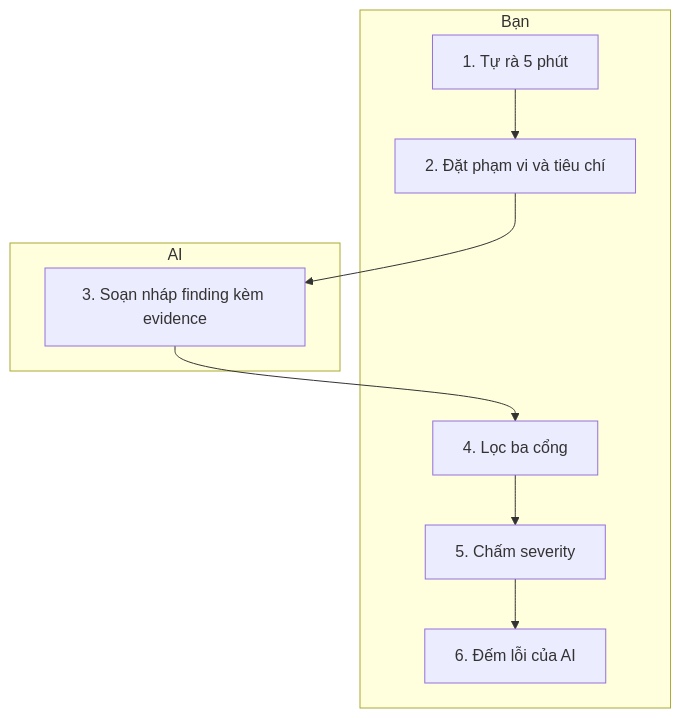
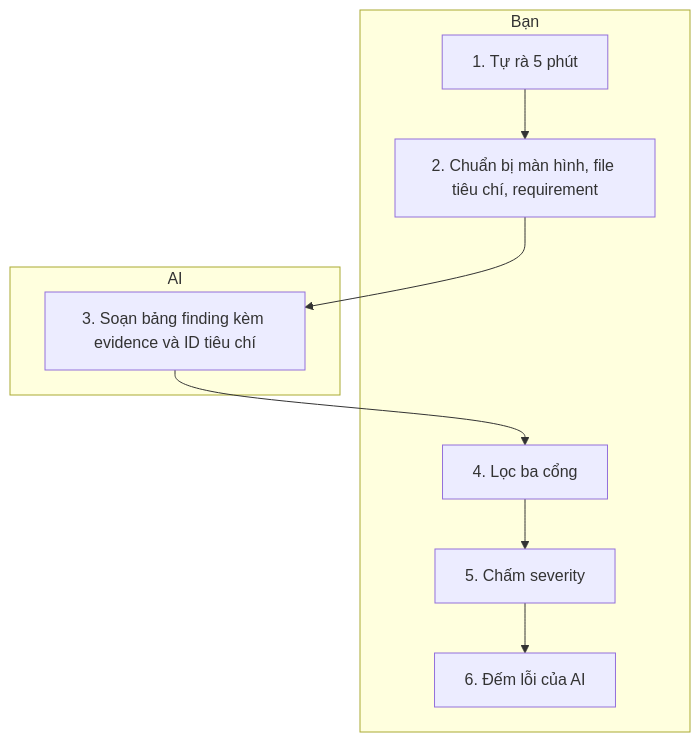
The first of 3 diagrams in lessons/06-test-with-real-users/materials/test-with-real-users-lesson.md (vannguyen2910/ai-design-workflow), drawn with Mermaid before and after one commit. The commit also changed other lines of this file and 19 other files, not shown here.

````diff
--- a/lessons/06-test-with-real-users/materials/test-with-real-users-lesson.md
+++ b/lessons/06-test-with-real-users/materials/test-with-real-users-lesson.md
@@ -143,11 +148,11 @@
 ```mermaid
 flowchart TD
   subgraph B["Bạn"]
-    A1["1. Tự rà 5 phút"] --> A2["2. Đặt phạm vi và tiêu chí"]
+    A1["1. Tự rà 5 phút"] --> A2["2. Chuẩn bị màn hình, file tiêu chí, requirement"]
     C1["4. Lọc ba cổng"] --> C2["5. Chấm severity"] --> C3["6. Đếm lỗi của AI"]
   end
   subgraph AI["AI"]
-    D1["3. Soạn nháp finding kèm evidence"]
+    D1["3. Soạn bảng finding kèm evidence và ID tiêu chí"]
   end
   A2 --> D1 --> C1
 ```
````
